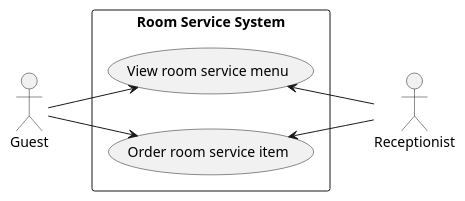
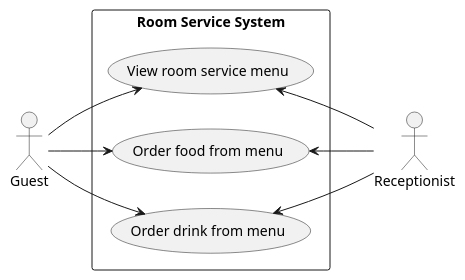
Before and after one commit to mrjink/molveno: the diagram in src/main/docs/uml/use-case/hotel/roomservice.puml, drawn with PlantUML. The commit also changed 6 other files, not shown here.

Commit message:
Modify UML use case diagrams.

```diff
--- a/src/main/docs/uml/use-case/hotel/roomservice.puml
+++ b/src/main/docs/uml/use-case/hotel/roomservice.puml
@@ -1,19 +1,22 @@
 @startuml
 
 left to right direction
 
 actor Receptionist
 actor Guest
 
 rectangle "Room Service System" {
     (View room service menu) as (RSMenu)
-    (Order room service item) as (RSOrder)
+    (Order food from menu) as (RSFood)
+    (Order drink from menu) as (RSDrink)
 
     (RSMenu) <-- Receptionist
-    (RSOrder) <-- Receptionist
+    (RSFood) <-- Receptionist
+    (RSDrink) <-- Receptionist
 
     Guest --> (RSMenu)
-    Guest --> (RSOrder)
+    Guest --> (RSFood)
+    Guest --> (RSDrink)
 }
 
 @enduml
```
